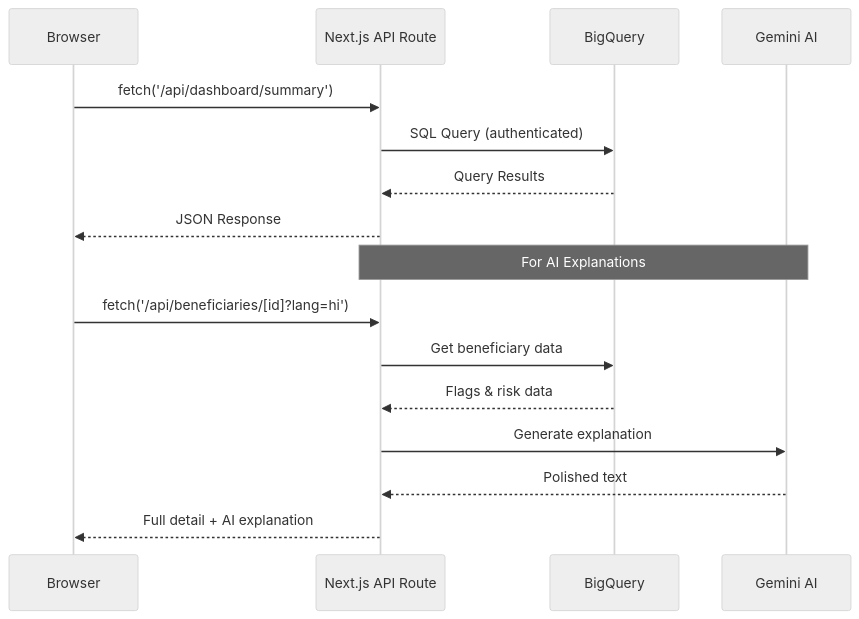
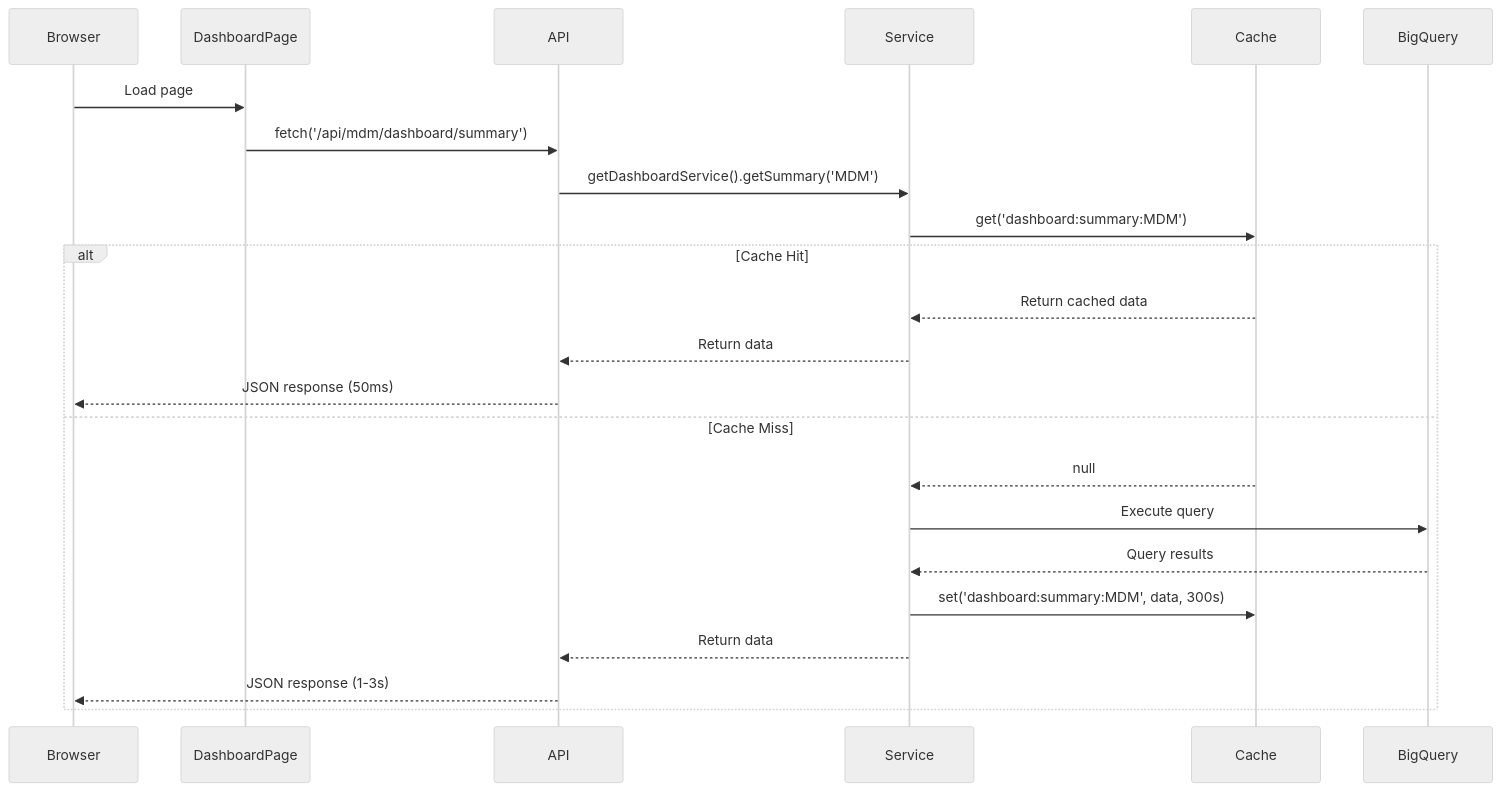
One commit to shubhikasinha/janavlokan changed the second of 2 diagrams in TECHNICAL_REVIEW.md. Above: the diagram before and after it, drawn with Mermaid (neutral theme). The commit also changed other lines of this file and 1 other file, not shown here.

````diff
--- a/TECHNICAL_REVIEW.md
+++ b/TECHNICAL_REVIEW.md
@@ -116,20 +420,27 @@
 ```mermaid
 sequenceDiagram
     participant Browser
-    participant API as Next.js API Route
-    participant BQ as BigQuery
-    participant AI as Gemini AI
+    participant DashboardPage
+    participant API
+    participant Service
+    participant Cache
+    participant BigQuery
     
-    Browser->>API: fetch('/api/dashboard/summary')
-    API->>BQ: SQL Query (authenticated)
-    BQ-->>API: Query Results
-    API-->>Browser: JSON Response
+    Browser->>DashboardPage: Load page
+    DashboardPage->>API: fetch('/api/mdm/dashboard/summary')
+    API->>Service: getDashboardService().getSummary('MDM')
+    Service->>Cache: get('dashboard:summary:MDM')
     
-    Note over API,AI: For AI Explanations
-    Browser->>API: fetch('/api/beneficiaries/[id]?lang=hi')
-    API->>BQ: Get beneficiary data
-    BQ-->>API: Flags & risk data
-    API->>AI: Generate explanation
-    AI-->>API: Polished text
-    API-->>Browser: Full detail + AI explanation
+    alt Cache Hit
+        Cache-->>Service: Return cached data
+        Service-->>API: Return data
+        API-->>Browser: JSON response (50ms)
+    else Cache Miss
+        Cache-->>Service: null
+        Service->>BigQuery: Execute query
+        BigQuery-->>Service: Query results
+        Service->>Cache: set('dashboard:summary:MDM', data, 300s)
+        Service-->>API: Return data
+        API-->>Browser: JSON response (1-3s)
+    end
 ```
````
